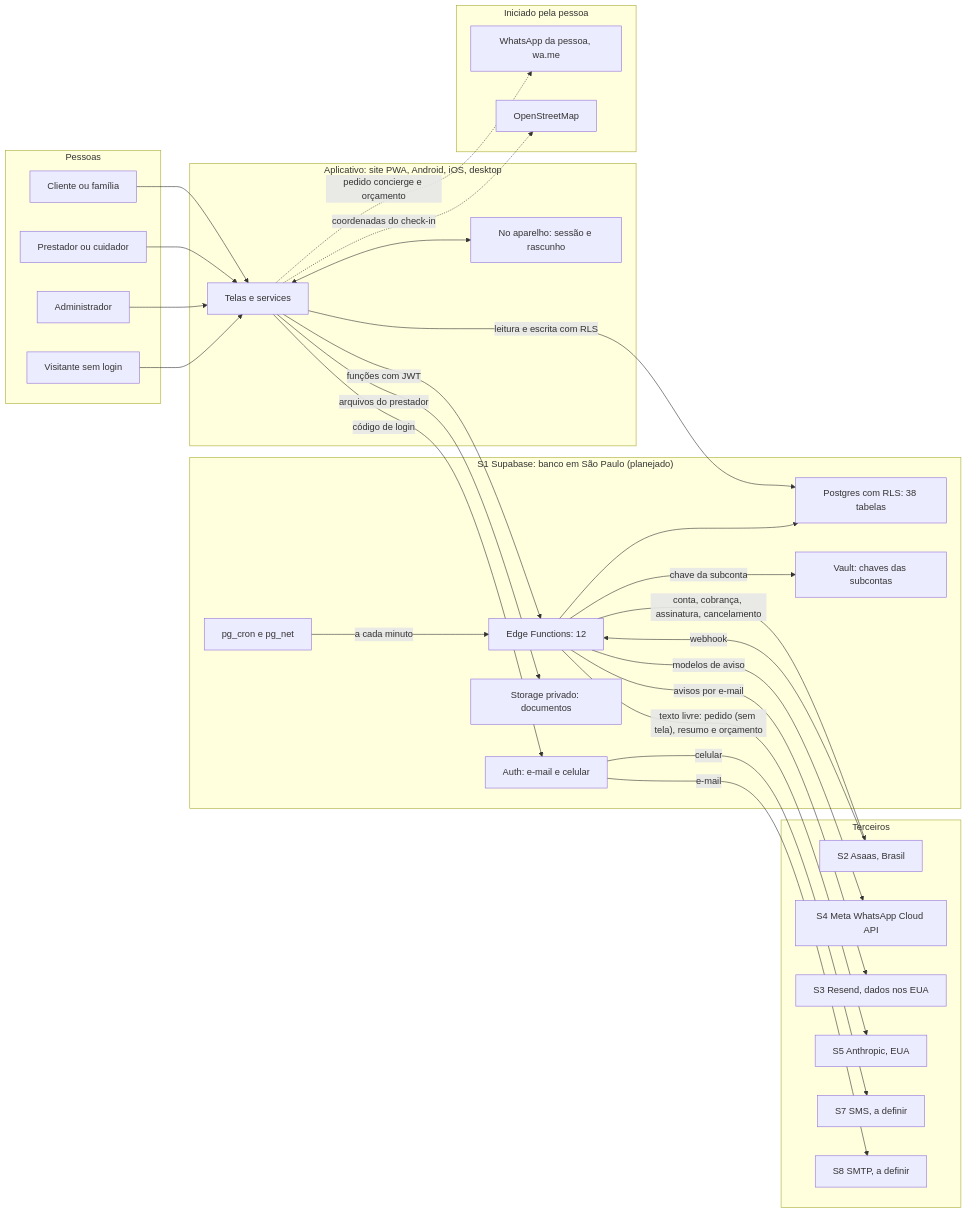
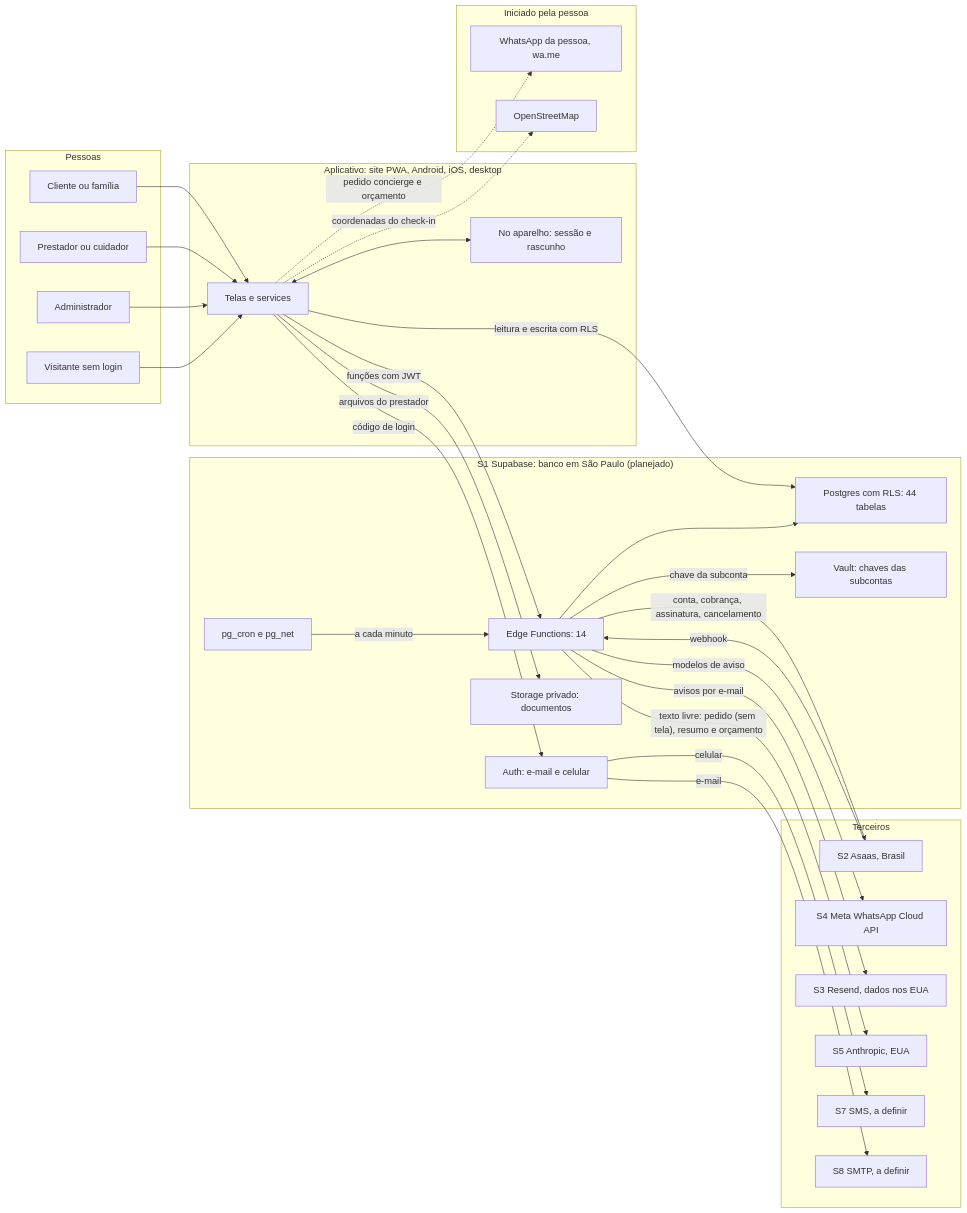
Before and after one commit to drguilhermecapel/Work-Easy: the diagram in apps/web/docs/juridico/07-registro-das-operacoes-de-tratamento.md, drawn with Mermaid. The commit also changed other lines of this file and 14 other files, not shown here.

````diff
--- a/apps/web/docs/juridico/07-registro-das-operacoes-de-tratamento.md
+++ b/apps/web/docs/juridico/07-registro-das-operacoes-de-tratamento.md
@@ -496,54 +505,54 @@
 ```mermaid
 flowchart LR
   subgraph PESSOAS["Pessoas"]
     CLI["Cliente ou família"]
     PRO["Prestador ou cuidador"]
     ADM["Administrador"]
     VIS["Visitante sem login"]
   end
   subgraph APP["Aplicativo: site PWA, Android, iOS, desktop"]
     UI["Telas e services"]
     DEV["No aparelho: sessão e rascunho"]
   end
   subgraph SB["S1 Supabase: banco em São Paulo (planejado)"]
     AUTH["Auth: e-mail e celular"]
-    DB["Postgres com RLS: 38 tabelas"]
+    DB["Postgres com RLS: 44 tabelas"]
     ST["Storage privado: documentos"]
     VT["Vault: chaves das subcontas"]
-    EF["Edge Functions: 12"]
+    EF["Edge Functions: 14"]
     CR["pg_cron e pg_net"]
   end
   subgraph EXT["Terceiros"]
     ASAAS["S2 Asaas, Brasil"]
     META["S4 Meta WhatsApp Cloud API"]
     RES["S3 Resend, dados nos EUA"]
     ANT["S5 Anthropic, EUA"]
     SMS["S7 SMS, a definir"]
     SMTP["S8 SMTP, a definir"]
   end
   subgraph USR["Iniciado pela pessoa"]
     WA["WhatsApp da pessoa, wa.me"]
     OSM["OpenStreetMap"]
   end
   CLI --> UI
   PRO --> UI
   ADM --> UI
   VIS --> UI
   UI <--> DEV
   UI -->|"leitura e escrita com RLS"| DB
   UI -->|"código de login"| AUTH
   UI -->|"arquivos do prestador"| ST
   UI -->|"funções com JWT"| EF
   AUTH -->|"celular"| SMS
   AUTH -->|"e-mail"| SMTP
   EF --> DB
   EF -->|"chave da subconta"| VT
   EF -->|"conta, cobrança, assinatura, cancelamento"| ASAAS
   ASAAS -->|"webhook"| EF
   EF -->|"texto livre: pedido (sem tela), resumo e orçamento"| ANT
   CR -->|"a cada minuto"| EF
   EF -->|"modelos de aviso"| META
   EF -->|"avisos por e-mail"| RES
   UI -.->|"pedido concierge e orçamento"| WA
   UI -.->|"coordenadas do check-in"| OSM
 ```
````
